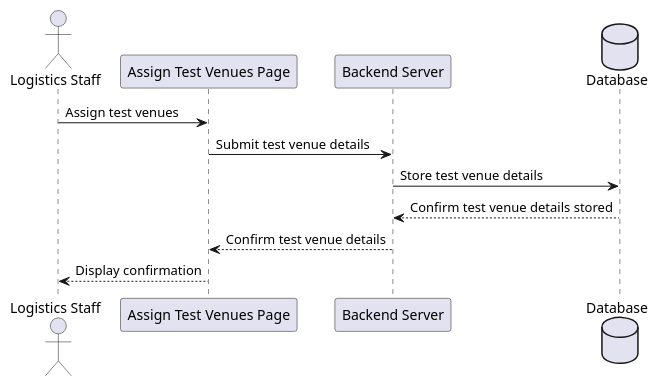
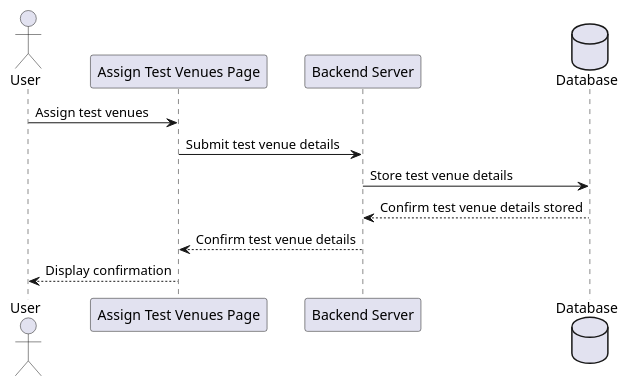
The diagram in SWD392/sequence_diagrams/assign_test_venues.puml (iamSlightlyWind/Legacy), drawn with PlantUML before and after one commit. The commit also changed 15 other files, not shown here.

```diff
--- a/SWD392/sequence_diagrams/assign_test_venues.puml
+++ b/SWD392/sequence_diagrams/assign_test_venues.puml
@@ -2,13 +2,13 @@
 @startuml
-actor "Logistics Staff" as Staff
+actor "User" as Staff
 participant "Assign Test Venues Page" as AssignTestVenuesPage
 participant "Backend Server" as BackendServer
 database Database
 
 Staff -> AssignTestVenuesPage: Assign test venues
 AssignTestVenuesPage -> BackendServer: Submit test venue details
 BackendServer -> Database: Store test venue details
 Database --> BackendServer: Confirm test venue details stored
 BackendServer --> AssignTestVenuesPage: Confirm test venue details
 AssignTestVenuesPage --> Staff: Display confirmation
 @enduml
```
